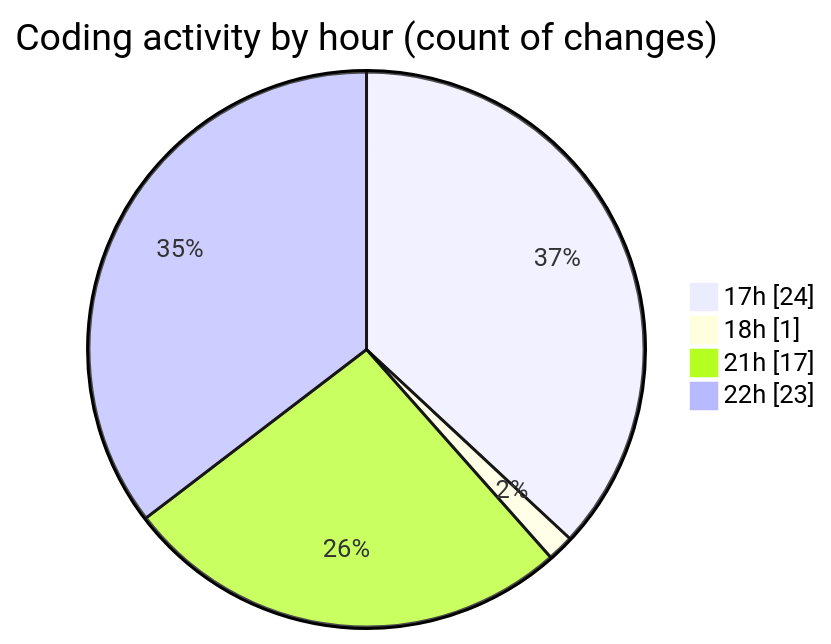
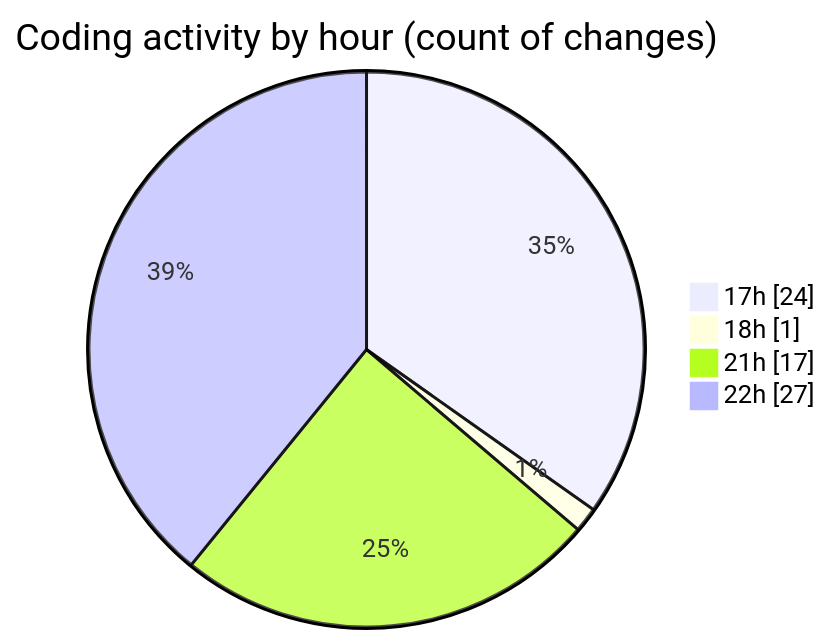
One commit to EIIisD/code-tracking changed the second of 2 diagrams in 2025-07-13/tampermonkey/README.md. Above: the diagram before and after it, drawn with Mermaid. The commit also changed other lines of this file and 1 other file, not shown here.

````diff
--- a/2025-07-13/tampermonkey/README.md
+++ b/2025-07-13/tampermonkey/README.md
@@ -44,8 +44,8 @@
 ```mermaid
 pie showData
 title Coding activity by hour (count of changes)
 "17h" : 24
 "18h" : 1
 "21h" : 17
-"22h" : 23
+"22h" : 27
 ```
````
